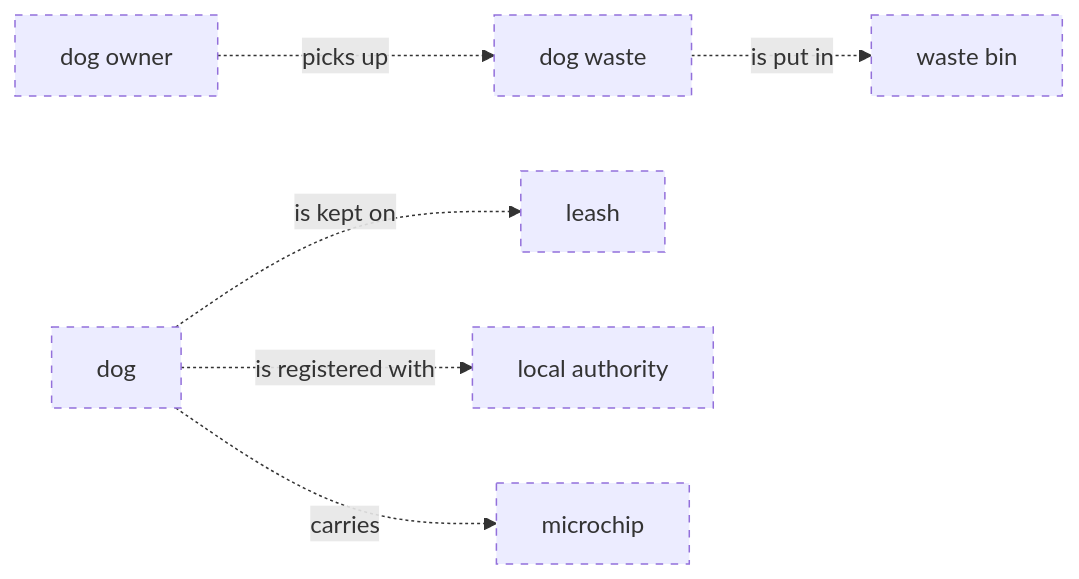
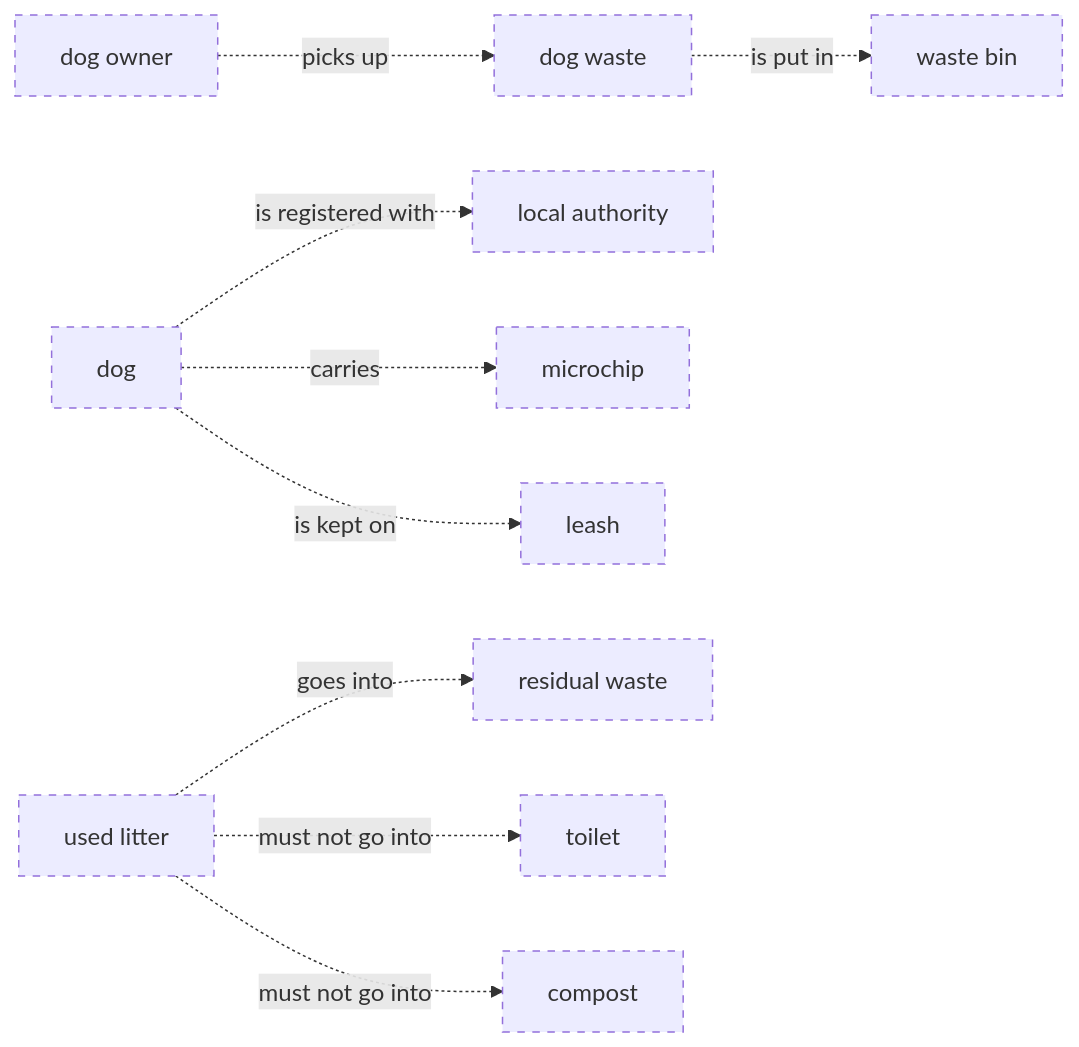
One commit to belaboros/DomainAiAssistant changed the second of 2 diagrams in data/ontology-pets-and-house-rules/03_release/00_raw/level-1.md. Above: the diagram before and after it, drawn with Mermaid. The commit also changed other lines of this file and 302 other files, not shown here.

````diff
--- a/data/ontology-pets-and-house-rules/03_release/00_raw/level-1.md
+++ b/data/ontology-pets-and-house-rules/03_release/00_raw/level-1.md
@@ -27,17 +33,24 @@
 ```mermaid
 flowchart LR
     classDef draft stroke-dasharray: 5 5
+    cn_01M82H1MQPVEX27Q0YHCNZ9WE5["compost"]
     cn_01M82GJP3CRKNX3DNJZDNANDWM["dog"]
     cn_01M82GR8C6YNAW05QP8GX3MF7P["dog owner"]
     cn_01M82GQHZCWYDZ4FY134N19HRE["dog waste"]
     cn_01M82GPB8ZK0N7S1VR303H5EPB["leash"]
     cn_01M82GJP3CRKNX3DNJZDNANDWN["local authority"]
     cn_01M82GJP3CRKNX3DNJZDNANDWP["microchip"]
+    cn_01M82H1MQPVEX27Q0YHCNZ9WE3["residual waste"]
+    cn_01M82H1MQPVEX27Q0YHCNZ9WE4["toilet"]
+    cn_01M82H1MQPVEX27Q0YHCNZ9WE1["used litter"]
     cn_01M82GQHZCWYDZ4FY134N19HRF["waste bin"]
     cn_01M82GJP3CRKNX3DNJZDNANDWM -. "is registered with" .-> cn_01M82GJP3CRKNX3DNJZDNANDWN
     cn_01M82GJP3CRKNX3DNJZDNANDWM -. "carries" .-> cn_01M82GJP3CRKNX3DNJZDNANDWP
     cn_01M82GJP3CRKNX3DNJZDNANDWM -. "is kept on" .-> cn_01M82GPB8ZK0N7S1VR303H5EPB
     cn_01M82GQHZCWYDZ4FY134N19HRE -. "is put in" .-> cn_01M82GQHZCWYDZ4FY134N19HRF
     cn_01M82GR8C6YNAW05QP8GX3MF7P -. "picks up" .-> cn_01M82GQHZCWYDZ4FY134N19HRE
-    class cn_01M82GJP3CRKNX3DNJZDNANDWM,cn_01M82GR8C6YNAW05QP8GX3MF7P,cn_01M82GQHZCWYDZ4FY134N19HRE,cn_01M82GPB8ZK0N7S1VR303H5EPB,cn_01M82GJP3CRKNX3DNJZDNANDWN,cn_01M82GJP3CRKNX3DNJZDNANDWP,cn_01M82GQHZCWYDZ4FY134N19HRF draft
+    cn_01M82H1MQPVEX27Q0YHCNZ9WE1 -. "goes into" .-> cn_01M82H1MQPVEX27Q0YHCNZ9WE3
+    cn_01M82H1MQPVEX27Q0YHCNZ9WE1 -. "must not go into" .-> cn_01M82H1MQPVEX27Q0YHCNZ9WE4
+    cn_01M82H1MQPVEX27Q0YHCNZ9WE1 -. "must not go into" .-> cn_01M82H1MQPVEX27Q0YHCNZ9WE5
+    class cn_01M82H1MQPVEX27Q0YHCNZ9WE5,cn_01M82GJP3CRKNX3DNJZDNANDWM,cn_01M82GR8C6YNAW05QP8GX3MF7P,cn_01M82GQHZCWYDZ4FY134N19HRE,cn_01M82GPB8ZK0N7S1VR303H5EPB,cn_01M82GJP3CRKNX3DNJZDNANDWN,cn_01M82GJP3CRKNX3DNJZDNANDWP,cn_01M82H1MQPVEX27Q0YHCNZ9WE3,cn_01M82H1MQPVEX27Q0YHCNZ9WE4,cn_01M82H1MQPVEX27Q0YHCNZ9WE1,cn_01M82GQHZCWYDZ4FY134N19HRF draft
 ```
````
